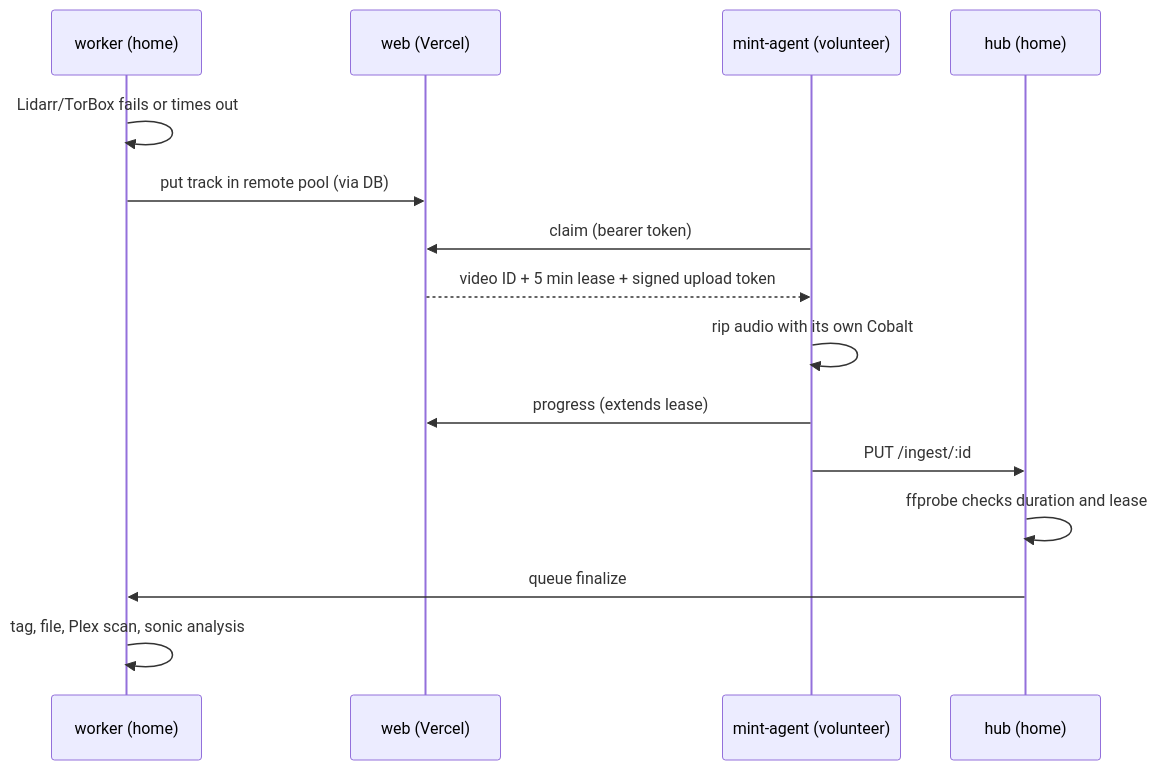
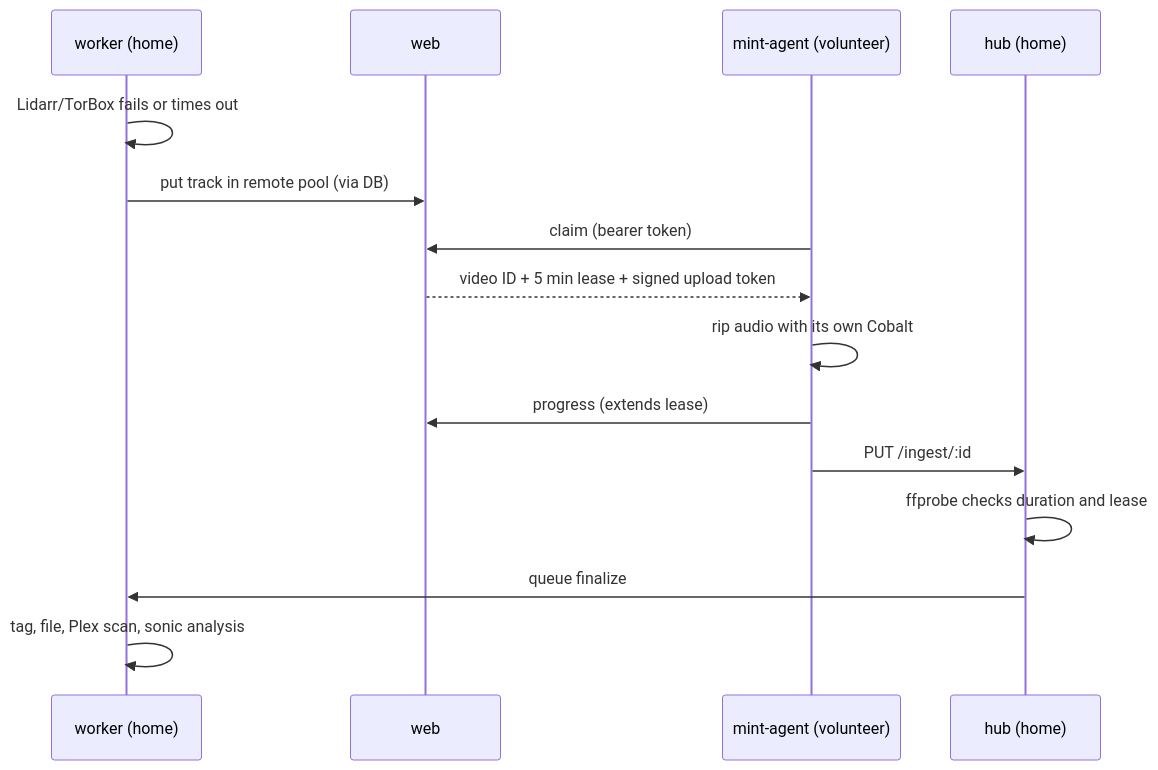
The third of 3 diagrams in README.md (ChickenBone/mint), drawn with Mermaid before and after one commit. The commit also changed other lines of this file and 35 other files, not shown here.

````diff
--- a/README.md
+++ b/README.md
@@ -101,17 +140,17 @@
 ```mermaid
 sequenceDiagram
   participant W as worker (home)
-  participant V as web (Vercel)
+  participant V as web
   participant A as mint-agent (volunteer)
   participant H as hub (home)
   W->>W: Lidarr/TorBox fails or times out
   W->>V: put track in remote pool (via DB)
   A->>V: claim (bearer token)
   V-->>A: video ID + 5 min lease + signed upload token
   A->>A: rip audio with its own Cobalt
   A->>V: progress (extends lease)
   A->>H: PUT /ingest/:id
   H->>H: ffprobe checks duration and lease
   H->>W: queue finalize
   W->>W: tag, file, Plex scan, sonic analysis
 ```
````
